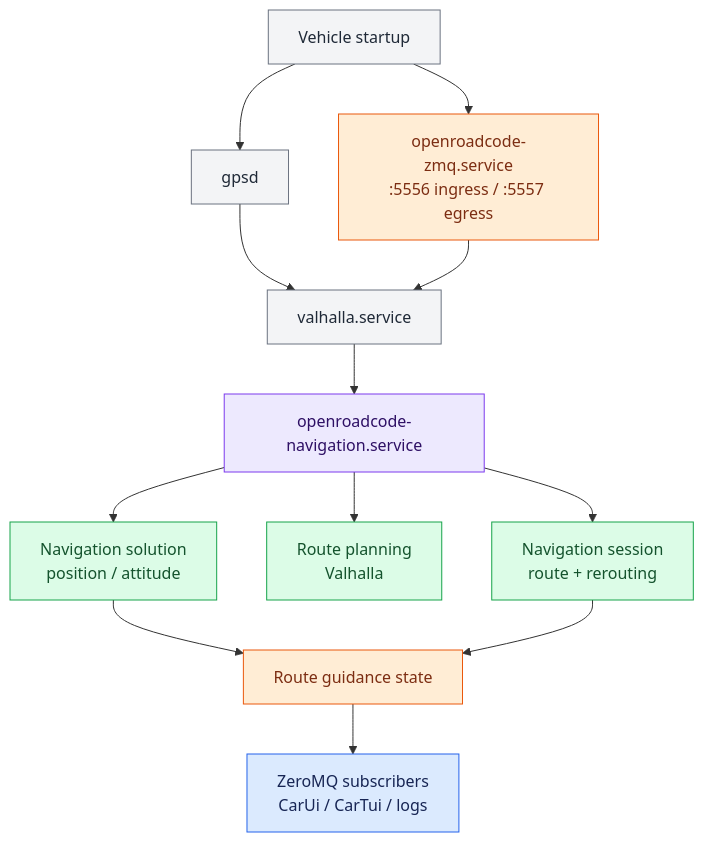
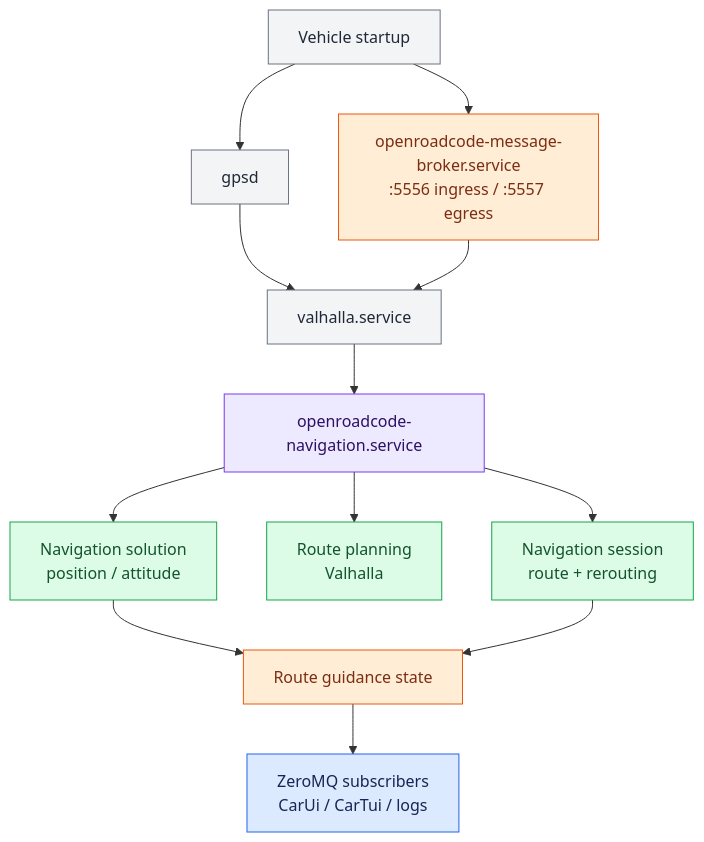
The first of 2 diagrams in docs/navigation_runtime.md (markisrt4/OpenRoadCode), drawn with Mermaid before and after one commit. The commit also changed other lines of this file, not shown here.

Commit message:
Update navigation runtime broker naming

````diff
--- a/docs/navigation_runtime.md
+++ b/docs/navigation_runtime.md
@@ -21,26 +21,26 @@
 ```mermaid
 flowchart TD
     startup["Vehicle startup"] --> gpsd["gpsd"]
-    startup --> broker["openroadcode-zmq.service<br/>:5556 ingress / :5557 egress"]
+    startup --> broker["openroadcode-message-broker.service<br/>:5556 ingress / :5557 egress"]
     gpsd --> valhalla["valhalla.service"]
     broker --> valhalla
     valhalla --> navService["openroadcode-navigation.service"]
     navService --> solution["Navigation solution<br/>position / attitude"]
     navService --> planning["Route planning<br/>Valhalla"]
     navService --> session["Navigation session<br/>route + rerouting"]
     solution --> guidance["Route guidance state"]
     session --> guidance
     guidance --> subscribers["ZeroMQ subscribers<br/>CarUi / CarTui / logs"]
 
     classDef orcApp fill:#dbeafe,stroke:#2563eb,color:#172554;
     classDef orcService fill:#ede9fe,stroke:#7c3aed,color:#2e1065;
     classDef orcController fill:#dcfce7,stroke:#16a34a,color:#14532d;
     classDef orcMessage fill:#ffedd5,stroke:#ea580c,color:#7c2d12;
     classDef orcAdapter fill:#fee2e2,stroke:#dc2626,color:#7f1d1d;
     classDef orcExternal fill:#f3f4f6,stroke:#6b7280,color:#1f2937;
     class startup,gpsd,valhalla orcExternal;
     class broker,guidance orcMessage;
     class navService orcService;
     class solution,planning,session orcController;
     class subscribers orcApp;
 ```
````
